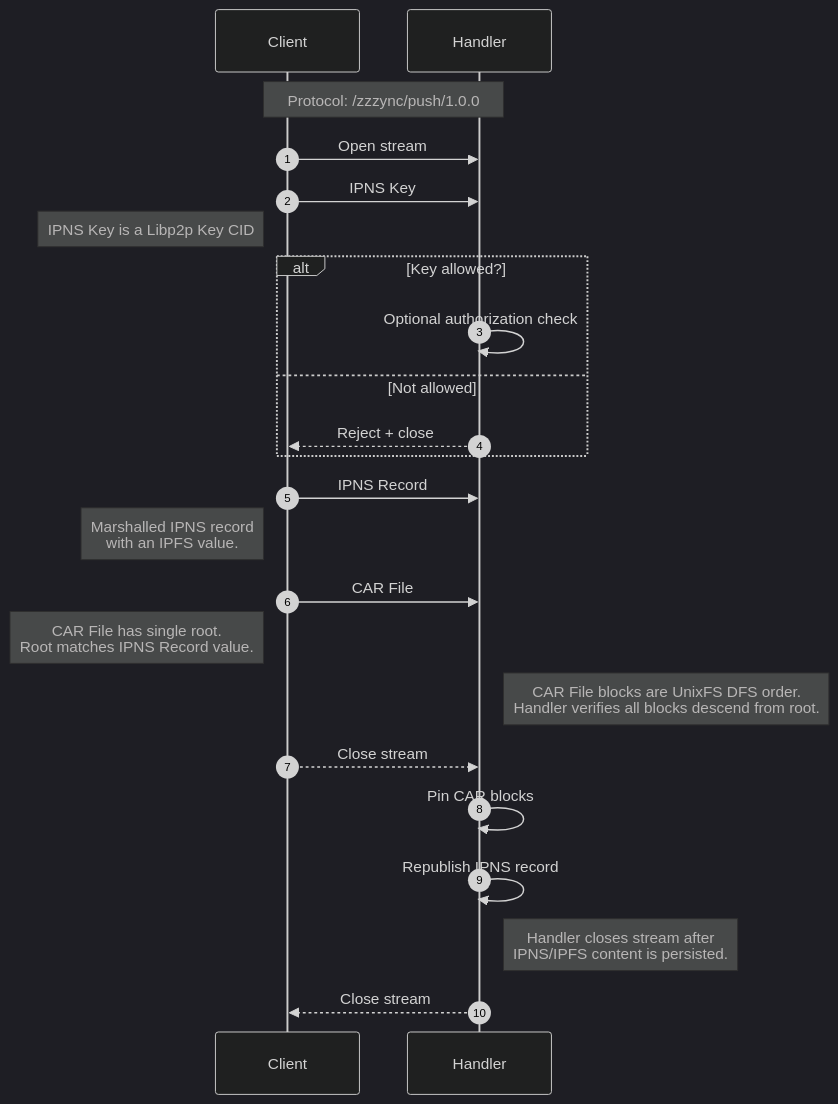
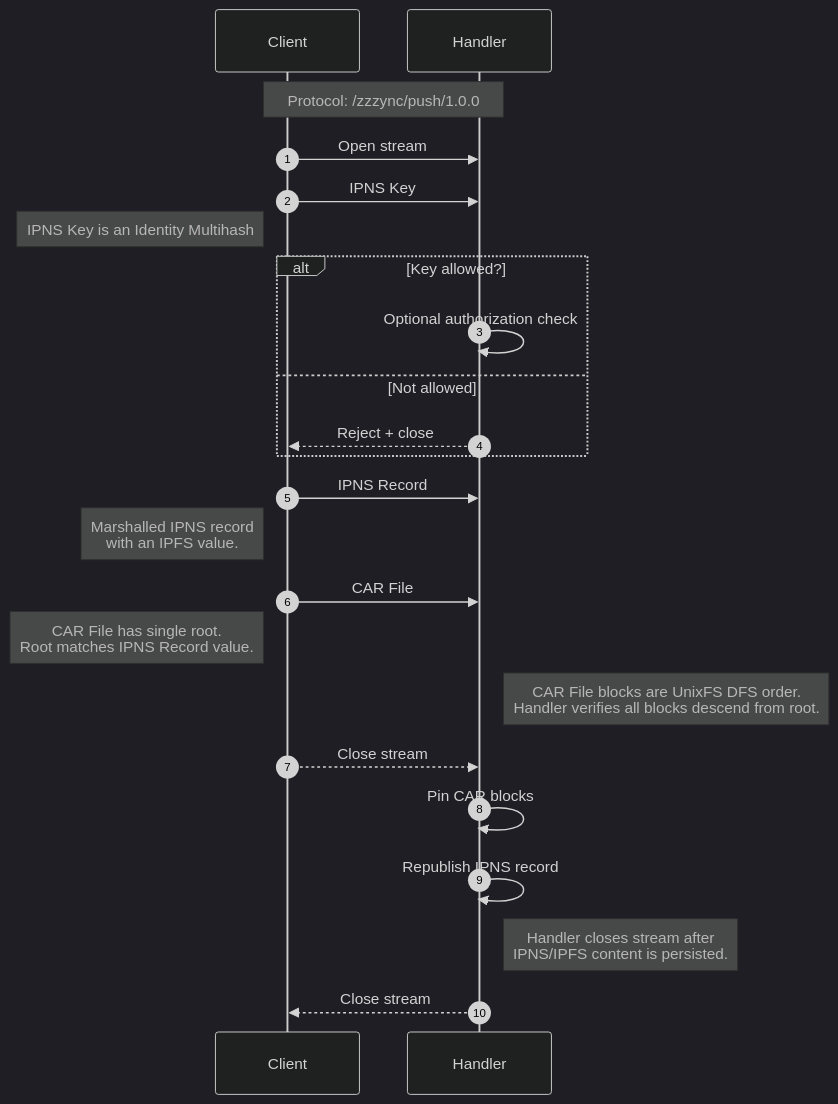
One commit to tabcat/zzzync changed the diagram in spec.md. Above: the diagram before and after it, drawn with Mermaid (dark theme). The commit also changed other lines of this file, not shown here.

Commit message:
docs(spec): only support identity multihash

````diff
--- a/spec.md
+++ b/spec.md
@@ -13,32 +13,32 @@
 ```mermaid
 sequenceDiagram
   autonumber
   participant C as Client
   participant H as Handler
 
   Note over C,H: Protocol: /zzzync/push/1.0.0
 
   C->>H: Open stream
 
   C->>H: IPNS Key
-  Note left of C: IPNS Key is a Libp2p Key CID
+  Note left of C: IPNS Key is an Identity Multihash
 
   alt Key allowed?
     H->>H: Optional authorization check
   else Not allowed
     H-->>C: Reject + close
   end
 
   C->>H: IPNS Record
   Note left of C: Marshalled IPNS record<br/>with an IPFS value.
 
   C->>H: CAR File
   Note left of C: CAR File has single root.<br/>Root matches IPNS Record value.
   Note right of H: CAR File blocks are UnixFS DFS order.<br/>Handler verifies all blocks descend from root.
   C-->>H: Close stream
 
   H->>H: Pin CAR blocks
   H->>H: Republish IPNS record
   Note right of H: Handler closes stream after<br/>IPNS/IPFS content is persisted.
   H-->>C: Close stream
 ```
````
